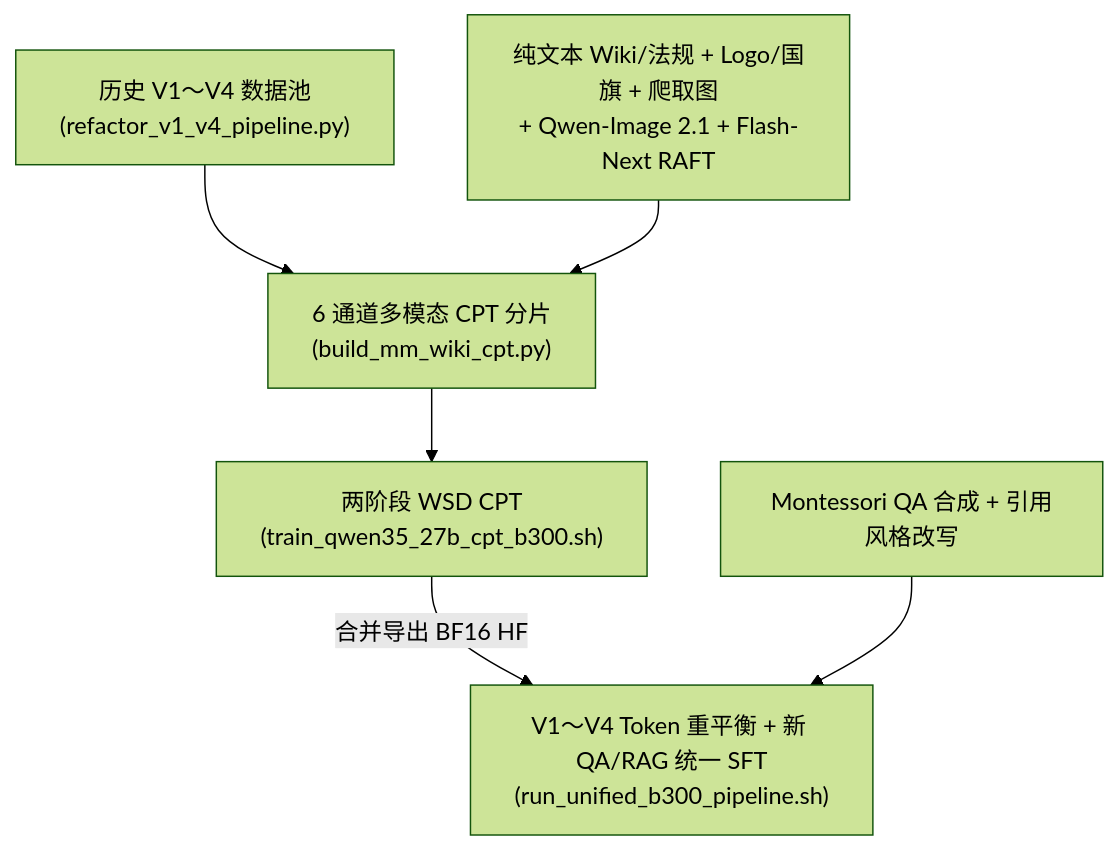
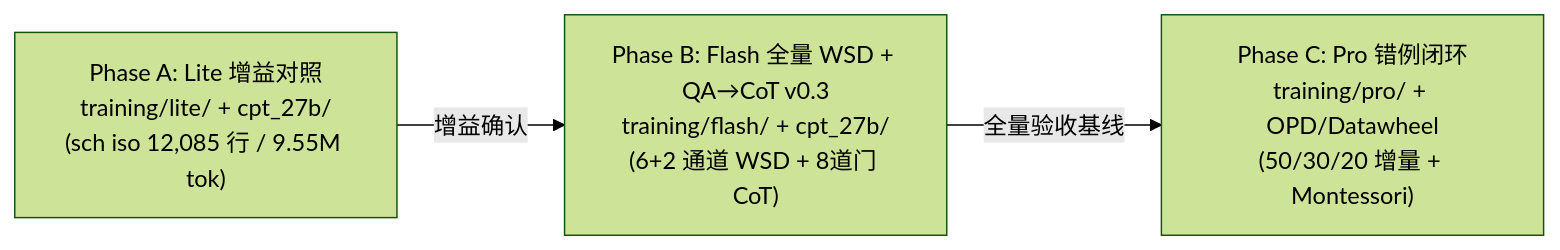
Before and after one commit to qianlvguang/CPT-SFT: the diagram in docs/training_plans/README.md, drawn with Mermaid (forest theme). The commit also changed other lines of this file and 103 other files, not shown here.

Commit message:
refactor(cpt-sft): 重构 Lite/Flash/Pro 三阶段架构、落地 QA→CoT v0.3 并归档 H200/QSA

````diff
--- a/docs/training_plans/README.md
+++ b/docs/training_plans/README.md
@@ -11,8 +10,5 @@
 ```mermaid
-flowchart TD
-    V14["历史 V1～V4 数据池<br>(refactor_v1_v4_pipeline.py)"] --> CPT_DATA["6 通道多模态 CPT 分片<br>(build_mm_wiki_cpt.py)"]
-    WIKI["纯文本 Wiki/法规 + Logo/国旗 + 爬取图<br>+ Qwen-Image 2.1 + Flash-Next RAFT"] --> CPT_DATA
-    CPT_DATA --> CPT_RUN["两阶段 WSD CPT<br>(train_qwen35_27b_cpt_b300.sh)"]
-    CPT_RUN -->|"合并导出 BF16 HF"| SFT_RUN["V1～V4 Token 重平衡 + 新 QA/RAG 统一 SFT<br>(run_unified_b300_pipeline.sh)"]
-    MON["Montessori QA 合成 + 引用风格改写"] --> SFT_RUN
+flowchart LR
+    LITE["Phase A: Lite 增益对照<br>training/lite/ + cpt_27b/<br>(sch iso 12,085 行 / 9.55M tok)"] -->|"增益确认"| FLASH["Phase B: Flash 全量 WSD + QA→CoT v0.3<br>training/flash/ + cpt_27b/<br>(6+2 通道 WSD + 8道门 CoT)"]
+    FLASH -->|"全量验收基线"| PRO["Phase C: Pro 错例闭环<br>training/pro/ + OPD/Datawheel<br>(50/30/20 增量 + Montessori)"]
 ```
````
